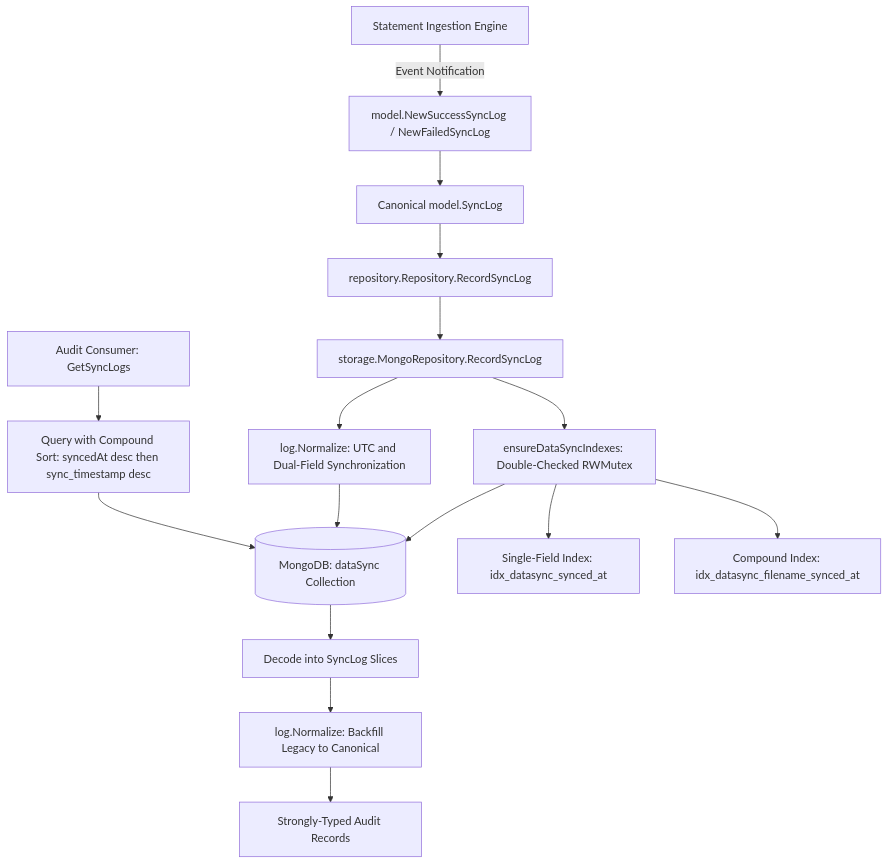
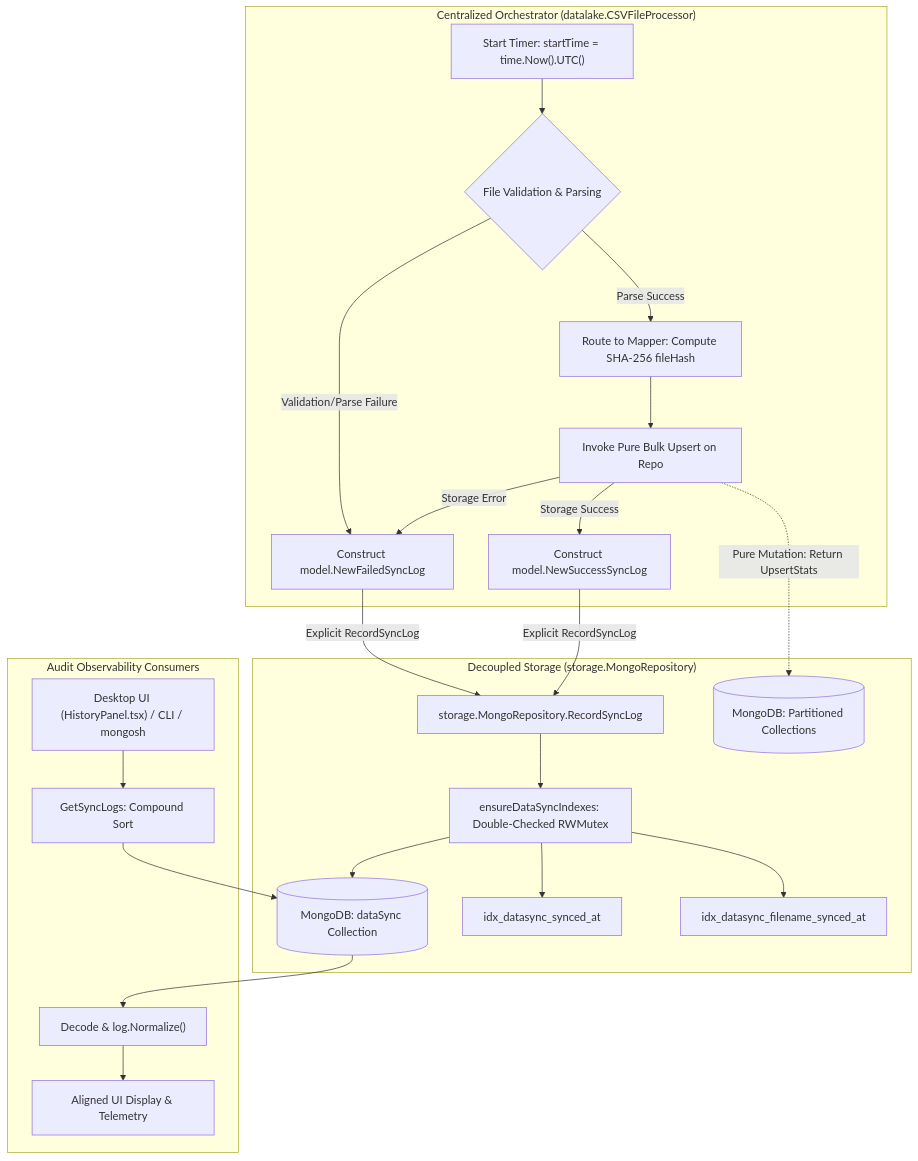
One commit to ajponte/babylon_data_loader changed the first of 3 diagrams in docs/specs/datasync-audit-pipeline.md. Above: the diagram before and after it, drawn with Mermaid. The commit also changed other lines of this file and 11 other files, not shown here.

````diff
--- a/docs/specs/datasync-audit-pipeline.md
+++ b/docs/specs/datasync-audit-pipeline.md
@@ -27,18 +30,28 @@
 ```mermaid
 flowchart TD
-    A["Statement Ingestion Engine"] -->|Event Notification| B["model.NewSuccessSyncLog / NewFailedSyncLog"]
-    B --> C["Canonical model.SyncLog"]
-    C --> D["repository.Repository.RecordSyncLog"]
-    D --> E["storage.MongoRepository.RecordSyncLog"]
-    E --> F["ensureDataSyncIndexes: Double-Checked RWMutex"]
-    F --> G[("MongoDB: dataSync Collection")]
-    F --> H["Single-Field Index: idx_datasync_synced_at"]
-    F --> I["Compound Index: idx_datasync_filename_synced_at"]
-    E --> J["log.Normalize: UTC and Dual-Field Synchronization"]
-    J --> G
-    K["Audit Consumer: GetSyncLogs"] --> L["Query with Compound Sort: syncedAt desc then sync_timestamp desc"]
-    L --> G
-    G --> M["Decode into SyncLog Slices"]
-    M --> N["log.Normalize: Backfill Legacy to Canonical"]
-    N --> O["Strongly-Typed Audit Records"]
+    subgraph IngestionOrchestrator ["Centralized Orchestrator (datalake.CSVFileProcessor)"]
+        A["Start Timer: startTime = time.Now().UTC()"] --> B{"File Validation & Parsing"}
+        B -->|Validation/Parse Failure| C["Construct model.NewFailedSyncLog"]
+        B -->|Parse Success| D["Route to Mapper: Compute SHA-256 fileHash"]
+        D --> E["Invoke Pure Bulk Upsert on Repo"]
+        E -->|Storage Error| C
+        E -->|Storage Success| F["Construct model.NewSuccessSyncLog"]
+    end
+
+    subgraph StorageLayer ["Decoupled Storage (storage.MongoRepository)"]
+        E -.->|Pure Mutation: Return UpsertStats| G[("MongoDB: Partitioned Collections")]
+        C -->|Explicit RecordSyncLog| H["storage.MongoRepository.RecordSyncLog"]
+        F -->|Explicit RecordSyncLog| H
+        H --> I["ensureDataSyncIndexes: Double-Checked RWMutex"]
+        I --> J[("MongoDB: dataSync Collection")]
+        I --> K["idx_datasync_synced_at"]
+        I --> L["idx_datasync_filename_synced_at"]
+    end
+
+    subgraph AuditConsumers ["Audit Observability Consumers"]
+        M["Desktop UI (HistoryPanel.tsx) / CLI / mongosh"] --> N["GetSyncLogs: Compound Sort"]
+        N --> J
+        J --> O["Decode & log.Normalize()"]
+        O --> P["Aligned UI Display & Telemetry"]
+    end
 ```
````
